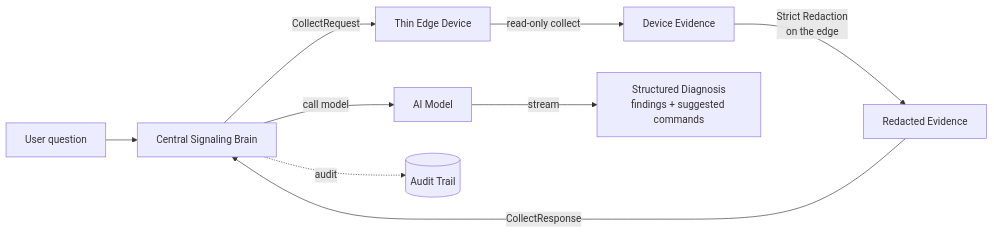
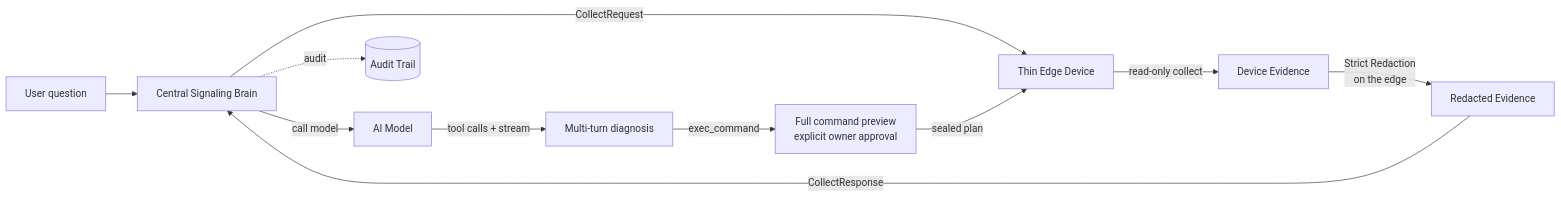
Before and after one commit to lcxl-remote/lcxl-remote-desk-web: the diagram in docs/features/ai-diagnostics.md, drawn with Mermaid. The commit also changed other lines of this file and 87 other files, not shown here.

Commit message:
feat: enable owner-confirmed agent command execution

````diff
--- a/docs/features/ai-diagnostics.md
+++ b/docs/features/ai-diagnostics.md
@@ -13,11 +13,13 @@
 ```mermaid
 graph LR
     user[User question] --> central[Central Signaling Brain]
     central -->|CollectRequest| edge[Thin Edge Device]
     edge -->|read-only collect| evidence[Device Evidence]
     evidence -->|Strict Redaction<br/>on the edge| redacted[Redacted Evidence]
     redacted -->|CollectResponse| central
     central -->|call model| model[AI Model]
-    model -->|stream| diag[Structured Diagnosis<br/>findings + suggested commands]
+    model -->|tool calls + stream| diag[Multi-turn diagnosis]
+    diag -->|exec_command| approve[Full command preview<br/>explicit owner approval]
+    approve -->|sealed plan| edge
     central -.audit.-> audit[(Audit Trail)]
 ```
````
